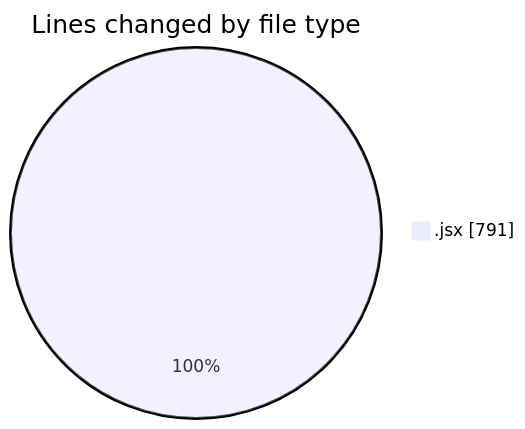
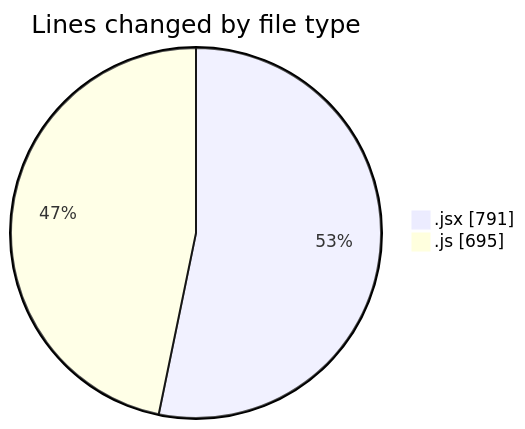
The first of 2 diagrams in 2025-09-10/nxtqube_webapp/README.md (nxtqubesakshisongat/code-tracking), drawn with Mermaid before and after one commit. The commit also changed other lines of this file and 1 other file, not shown here.

````diff
--- a/2025-09-10/nxtqube_webapp/README.md
+++ b/2025-09-10/nxtqube_webapp/README.md
@@ -20,5 +21,6 @@
 ```mermaid
 pie showData
 title Lines changed by file type
 ".jsx" : 791
+".js" : 695
 ```
````
